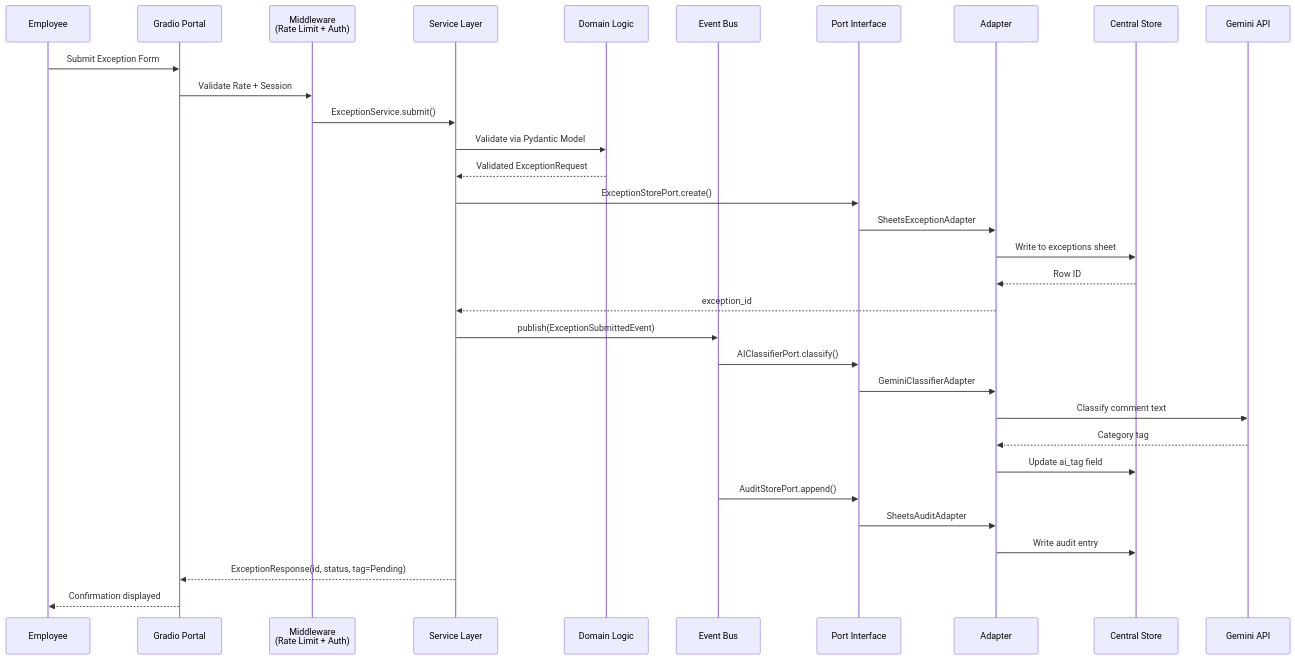
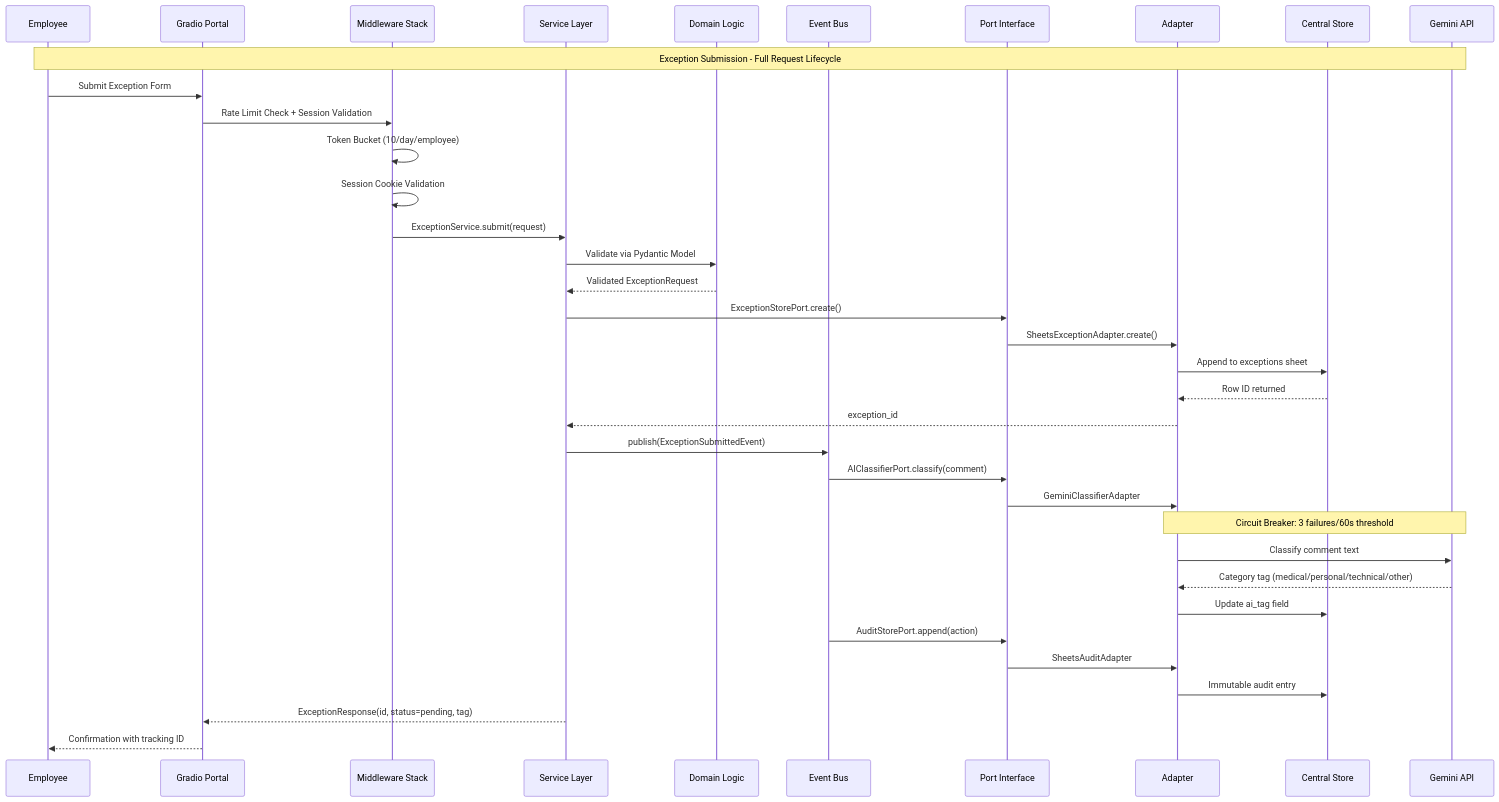
Before and after one commit to MaqSaid/Rhythm: the third of 10 diagrams in INTERVIEW_PREPARATION.md, drawn with Mermaid. The commit also changed other lines of this file, not shown here.

````diff
--- a/INTERVIEW_PREPARATION.md
+++ b/INTERVIEW_PREPARATION.md
@@ -824,37 +311,43 @@
 ```mermaid
 sequenceDiagram
     participant E as Employee
     participant UI as Gradio Portal
-    participant MW as Middleware<br/>(Rate Limit + Auth)
+    participant MW as Middleware Stack
     participant SVC as Service Layer
     participant DOM as Domain Logic
     participant EB as Event Bus
     participant PORT as Port Interface
     participant ADAPT as Adapter
     participant STORE as Central Store
     participant AI as Gemini API
 
+    Note over E,AI: Exception Submission - Full Request Lifecycle
+
     E->>UI: Submit Exception Form
-    UI->>MW: Validate Rate + Session
-    MW->>SVC: ExceptionService.submit()
+    UI->>MW: Rate Limit Check + Session Validation
+    MW->>MW: Token Bucket (10/day/employee)
+    MW->>MW: Session Cookie Validation
+    MW->>SVC: ExceptionService.submit(request)
     SVC->>DOM: Validate via Pydantic Model
     DOM-->>SVC: Validated ExceptionRequest
     SVC->>PORT: ExceptionStorePort.create()
-    PORT->>ADAPT: SheetsExceptionAdapter
-    ADAPT->>STORE: Write to exceptions sheet
-    STORE-->>ADAPT: Row ID
+    PORT->>ADAPT: SheetsExceptionAdapter.create()
+    ADAPT->>STORE: Append to exceptions sheet
+    STORE-->>ADAPT: Row ID returned
     ADAPT-->>SVC: exception_id
 
     SVC->>EB: publish(ExceptionSubmittedEvent)
-    EB->>PORT: AIClassifierPort.classify()
+    EB->>PORT: AIClassifierPort.classify(comment)
     PORT->>ADAPT: GeminiClassifierAdapter
+    Note over ADAPT,AI: Circuit Breaker: 3 failures/60s threshold
     ADAPT->>AI: Classify comment text
-    AI-->>ADAPT: Category tag
+    AI-->>ADAPT: Category tag (medical/personal/technical/other)
     ADAPT->>STORE: Update ai_tag field
-    EB->>PORT: AuditStorePort.append()
+
+    EB->>PORT: AuditStorePort.append(action)
     PORT->>ADAPT: SheetsAuditAdapter
-    ADAPT->>STORE: Write audit entry
+    ADAPT->>STORE: Immutable audit entry
 
-    SVC-->>UI: ExceptionResponse(id, status, tag=Pending)
-    UI-->>E: Confirmation displayed
+    SVC-->>UI: ExceptionResponse(id, status=pending, tag)
+    UI-->>E: Confirmation with tracking ID
 ```
````
